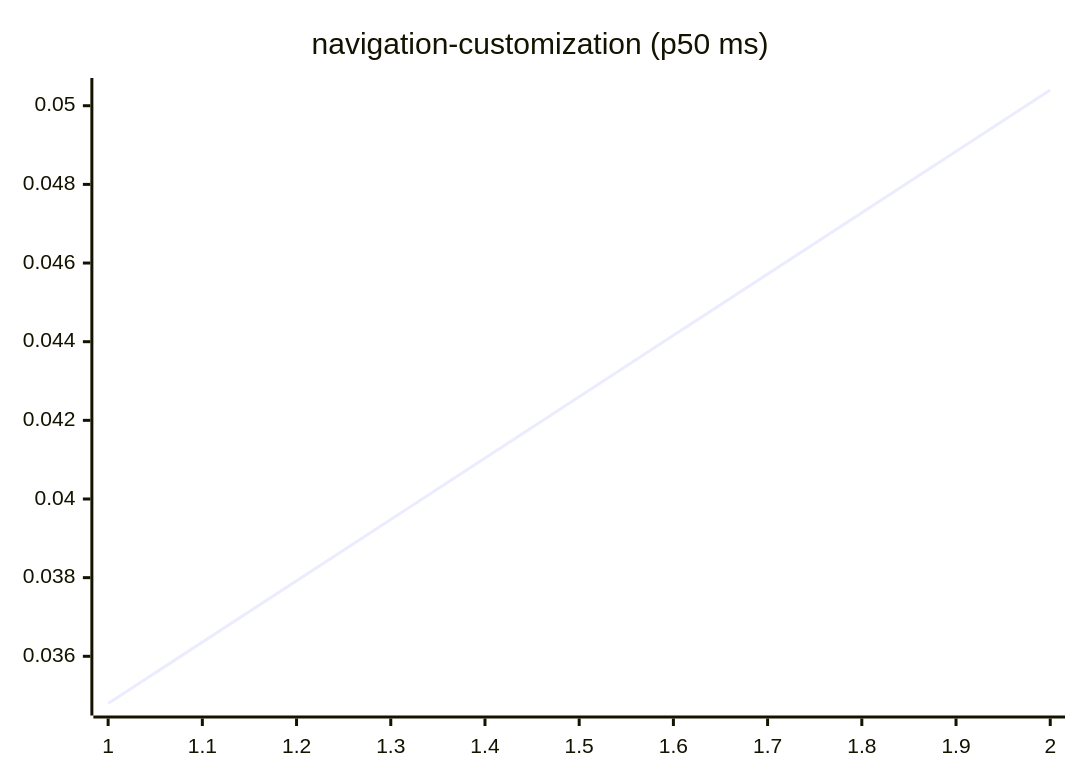
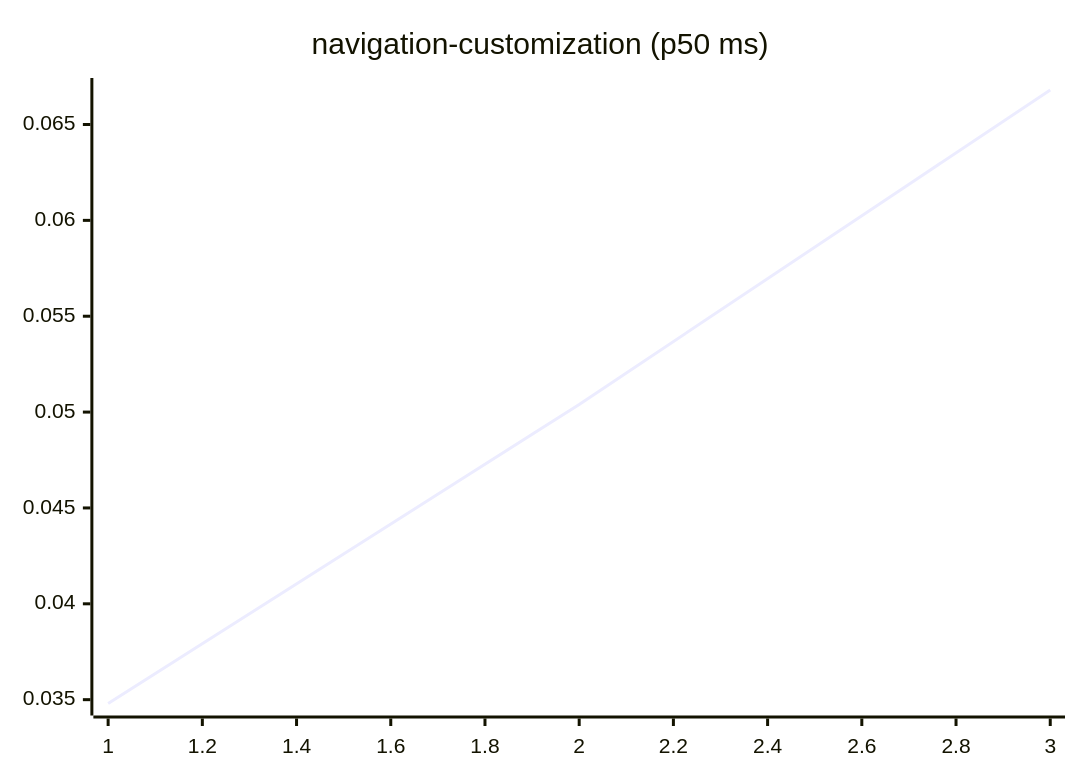
Diagram 15 of 27 in README.md (josha/Facet), drawn with Mermaid before and after one commit. The commit also changed other lines of this file and 2 other files, not shown here.

````diff
--- a/README.md
+++ b/README.md
@@ -161,6 +161,6 @@
 ```mermaid
 xychart-beta
     title "navigation-customization (p50 ms)"
-    x-axis 1 --> 2
-    line [0.0348, 0.0504]
+    x-axis 1 --> 3
+    line [0.0348, 0.0504, 0.0668]
 ```
````
